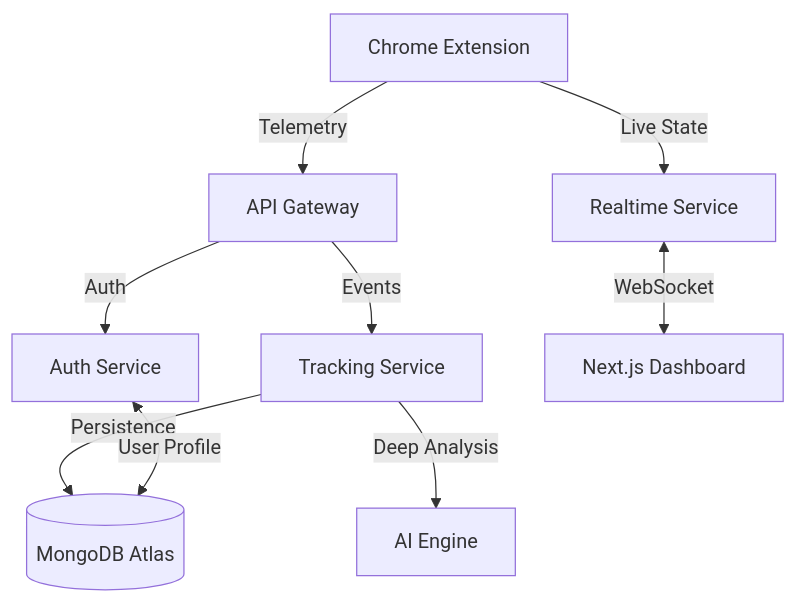
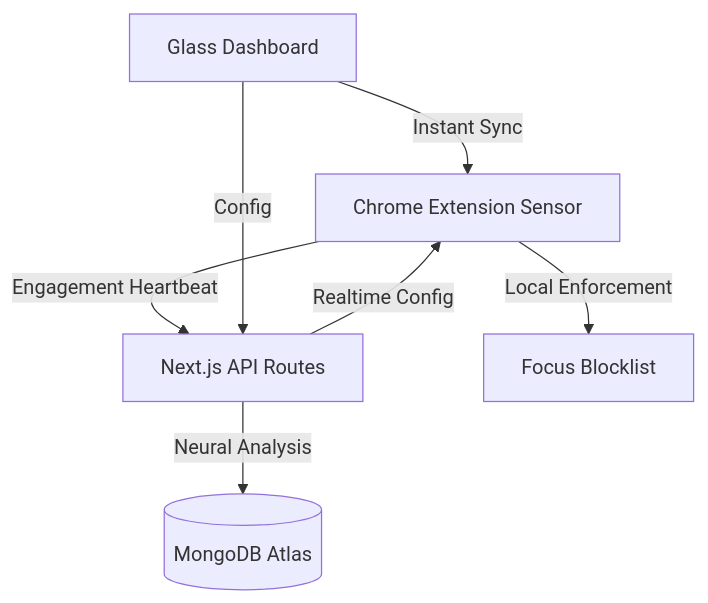
Before and after one commit to bhataakib02/ProdLyticsChromeExtension: the diagram in README.md, drawn with Mermaid. The commit also changed other lines of this file and 46 other files, not shown here.

````diff
--- a/README.md
+++ b/README.md
@@ -28,11 +34,9 @@
 ```mermaid
 graph TD
-    EXT[Chrome Extension] -->|Telemetry| GTW[API Gateway]
-    EXT -->|Live State| RTS[Realtime Service]
-    GTW -->|Auth| ATS[Auth Service]
-    GTW -->|Events| TKS[Tracking Service]
-    TKS -->|Deep Analysis| AIS[AI Engine]
-    TKS -->|Persistence| MDB[(MongoDB Atlas)]
-    RTS <-->|WebSocket| DASH[Next.js Dashboard]
-    ATS <-->|User Profile| MDB
+    EXT[Chrome Extension Sensor] -->|Engagement Heartbeat| GTW[Next.js API Routes]
+    EXT -->|Local Enforcement| FB[Focus Blocklist]
+    GTW -->|Neural Analysis| MDB[(MongoDB Atlas)]
+    GTW -->|Realtime Config| EXT
+    DASH[Glass Dashboard] -->|Instant Sync| EXT
+    DASH -->|Config| GTW
 ```
````
